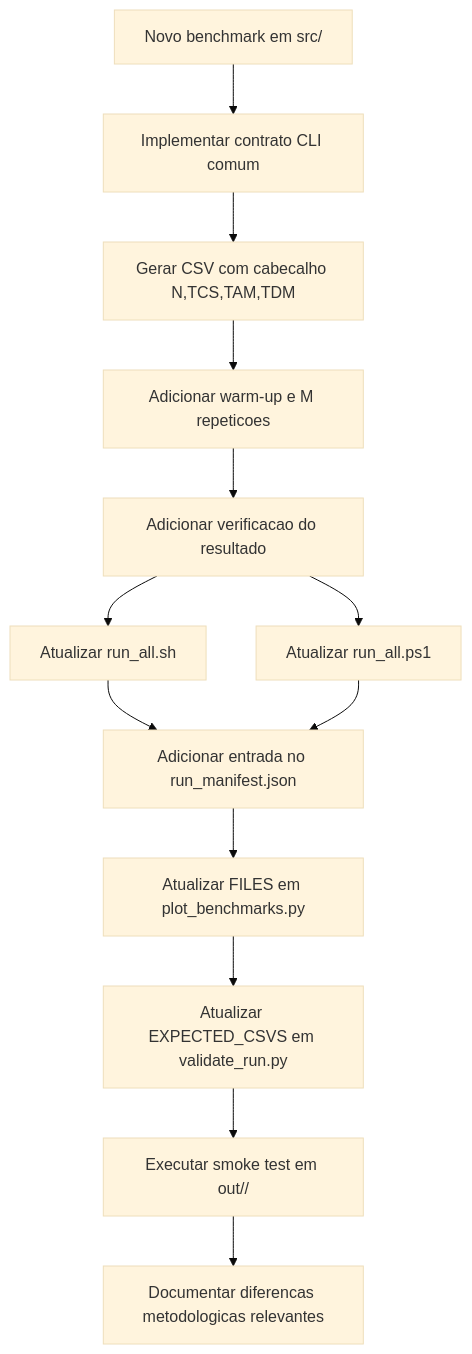
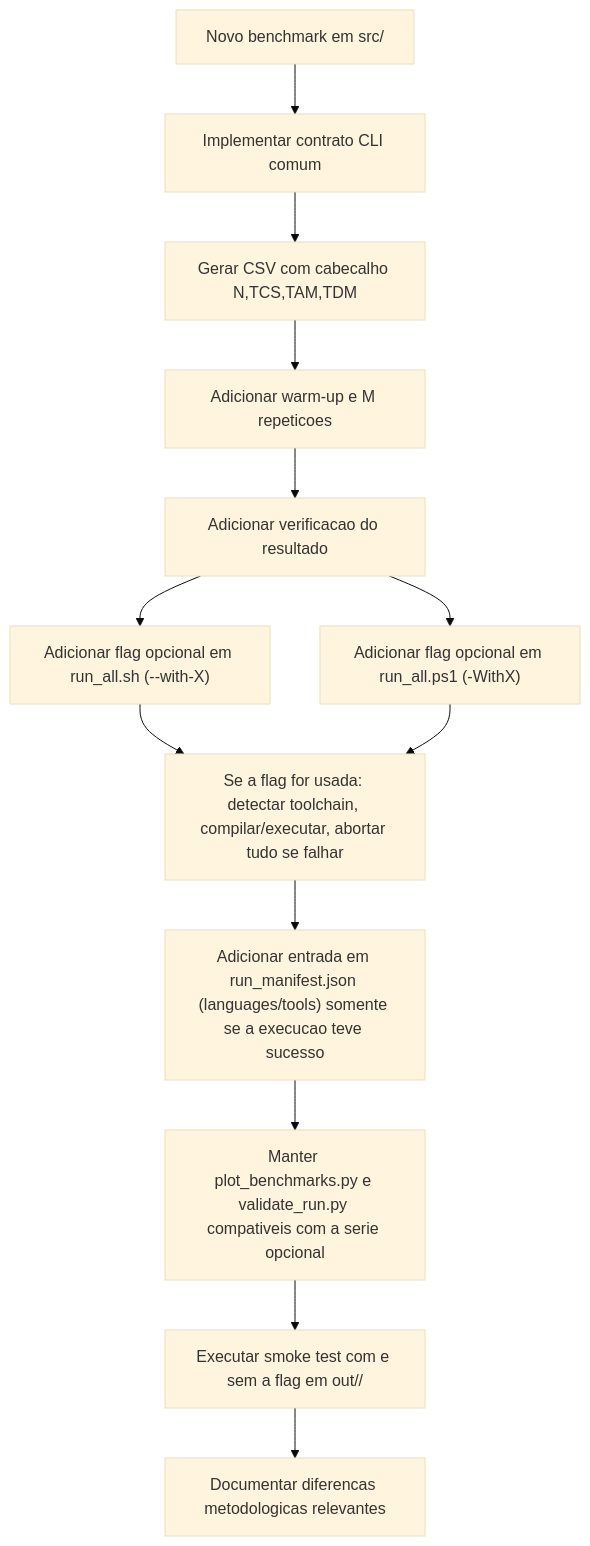
Before and after one commit to Lucas-Sperotto/matrix-multiplication-benchmark: diagram 16 of 16 in DIAGRAMS.md, drawn with Mermaid (base theme). The commit also changed other lines of this file and 5 other files, not shown here.

````diff
--- a/DIAGRAMS.md
+++ b/DIAGRAMS.md
@@ -440,15 +454,15 @@
 ```mermaid
 flowchart TD
     A[Novo benchmark em src/] --> B[Implementar contrato CLI comum]
     B --> C[Gerar CSV com cabecalho N,TCS,TAM,TDM]
     C --> D[Adicionar warm-up e M repeticoes]
     D --> E[Adicionar verificacao do resultado]
-    E --> F[Atualizar run_all.sh]
-    E --> G[Atualizar run_all.ps1]
-    F --> H[Adicionar entrada no run_manifest.json]
+    E --> F["Adicionar flag opcional em run_all.sh (--with-X)"]
+    E --> G["Adicionar flag opcional em run_all.ps1 (-WithX)"]
+    F --> H["Se a flag for usada: detectar toolchain, compilar/executar, abortar tudo se falhar"]
     G --> H
-    H --> I[Atualizar FILES em plot_benchmarks.py]
-    I --> J[Atualizar EXPECTED_CSVS em validate_run.py]
-    J --> K["Executar smoke test em out/<run_id>/"]
+    H --> I["Adicionar entrada em run_manifest.json (languages/tools) somente se a execucao teve sucesso"]
+    I --> J["Manter plot_benchmarks.py e validate_run.py compativeis com a serie opcional"]
+    J --> K["Executar smoke test com e sem a flag em out/<run_id>/"]
     K --> L[Documentar diferencas metodologicas relevantes]
 ```
````
